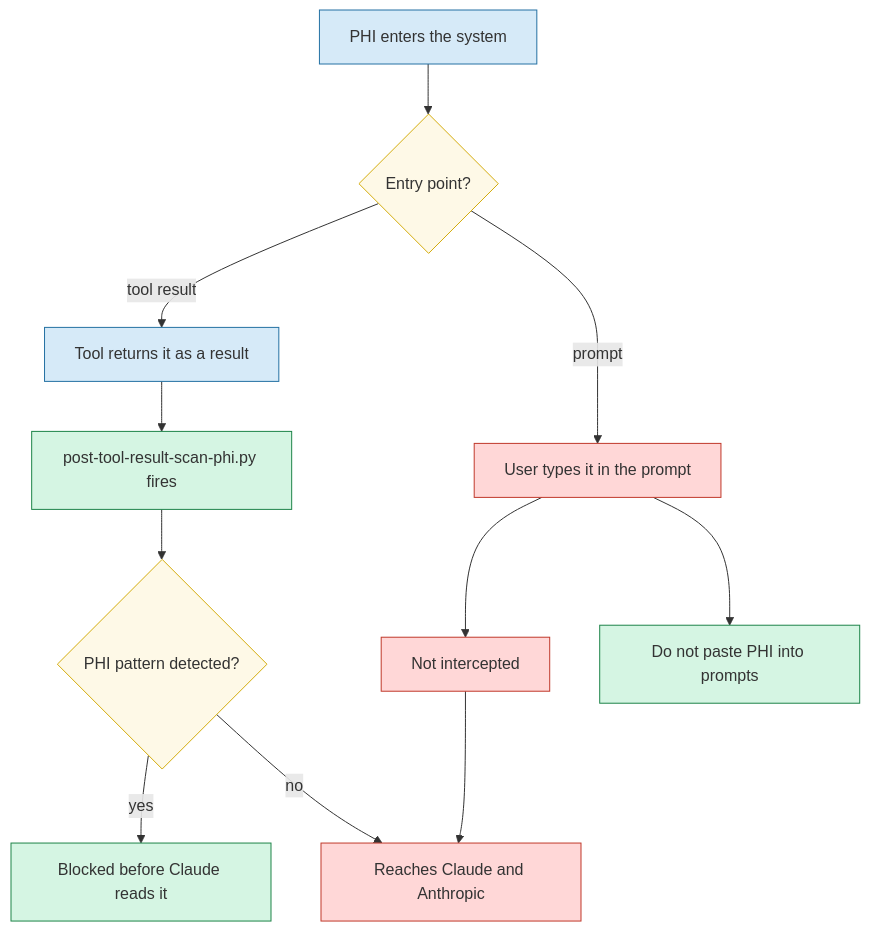
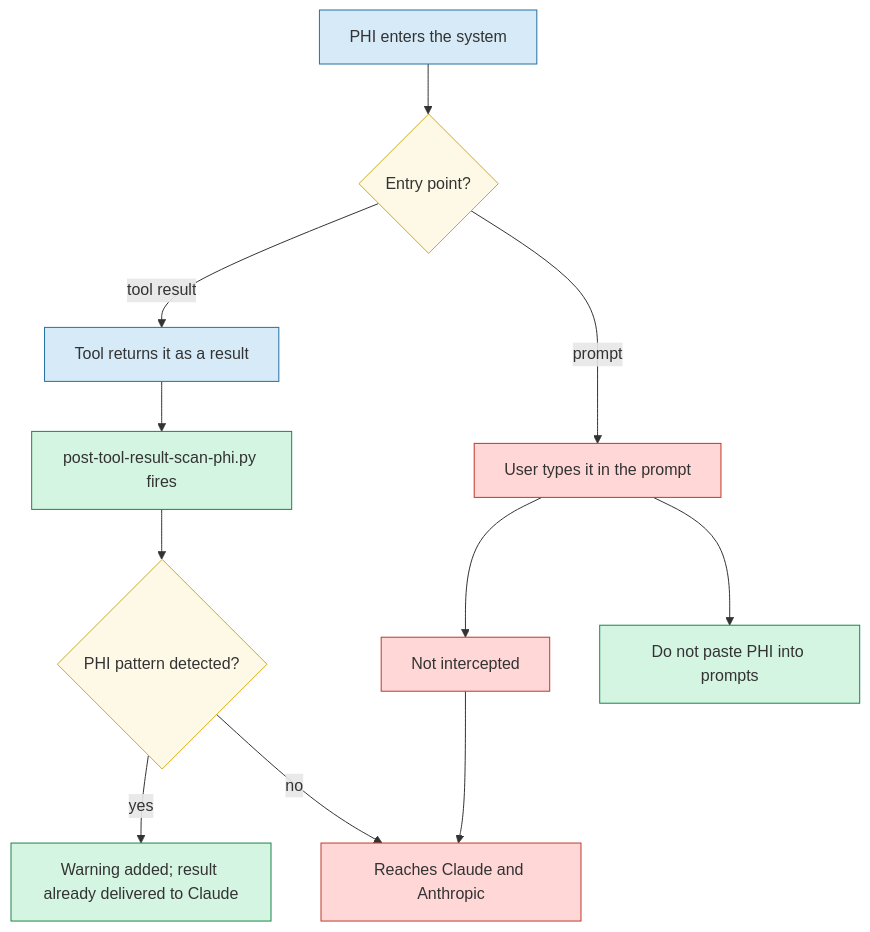
Before and after one commit to qh-dipenpatel/Arbiter: the eighth of 8 diagrams in docs/hooks.md, drawn with Mermaid. The commit also changed other lines of this file and 19 other files, not shown here.

````diff
--- a/docs/hooks.md
+++ b/docs/hooks.md
@@ -335,30 +365,30 @@
 ```mermaid
 flowchart TD
   classDef actor    fill:#d6eaf8,stroke:#2471a3
   classDef core     fill:#d5f5e3,stroke:#1e8449
   classDef decision fill:#fef9e7,stroke:#d4ac0d
   classDef problem  fill:#ffd7d7,stroke:#c0392b
 
   A["PHI enters the system"]
   B{"Entry point?"}
   C["User types it in the prompt"]
   D["Tool returns it as a result"]
   E["Not intercepted"]
   F["post-tool-result-scan-phi.py fires"]
   G{"PHI pattern detected?"}
-  H["Blocked before Claude reads it"]
+  H["Warning added; result already delivered to Claude"]
   I["Reaches Claude and Anthropic"]
   J["Do not paste PHI into prompts"]
 
   A --> B
   B -- "prompt" --> C --> E --> I
   B -- "tool result" --> D --> F --> G
   G -- yes --> H
   G -- no --> I
   C --> J
 
   class A,D actor
   class F,H,J core
   class B,G decision
   class C,E,I problem
 ```
````
